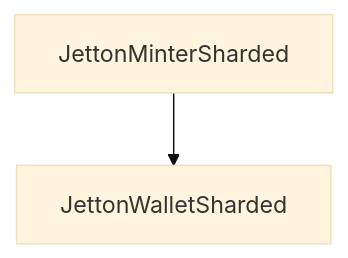
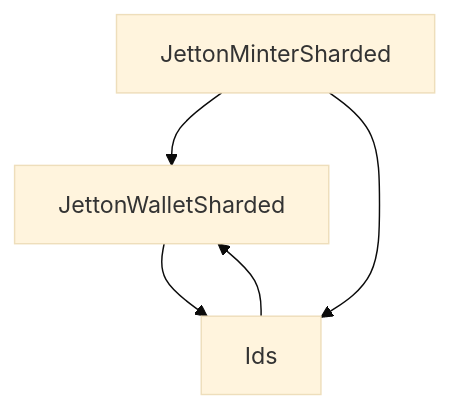
One commit to ankitgahlyan/phosphate changed the second of 2 diagrams in build/root/Root_JettonMinterSharded.md. Above: the diagram before and after it, drawn with Mermaid (base theme). The commit also changed other lines of this file and 81 other files, not shown here.

````diff
--- a/build/root/Root_JettonMinterSharded.md
+++ b/build/root/Root_JettonMinterSharded.md
@@ -348,5 +372,8 @@
 ```mermaid
 graph TD
 JettonMinterSharded
 JettonMinterSharded --> JettonWalletSharded
+JettonWalletSharded --> Ids
+Ids --> JettonWalletSharded
+JettonMinterSharded --> Ids
 ```
````
